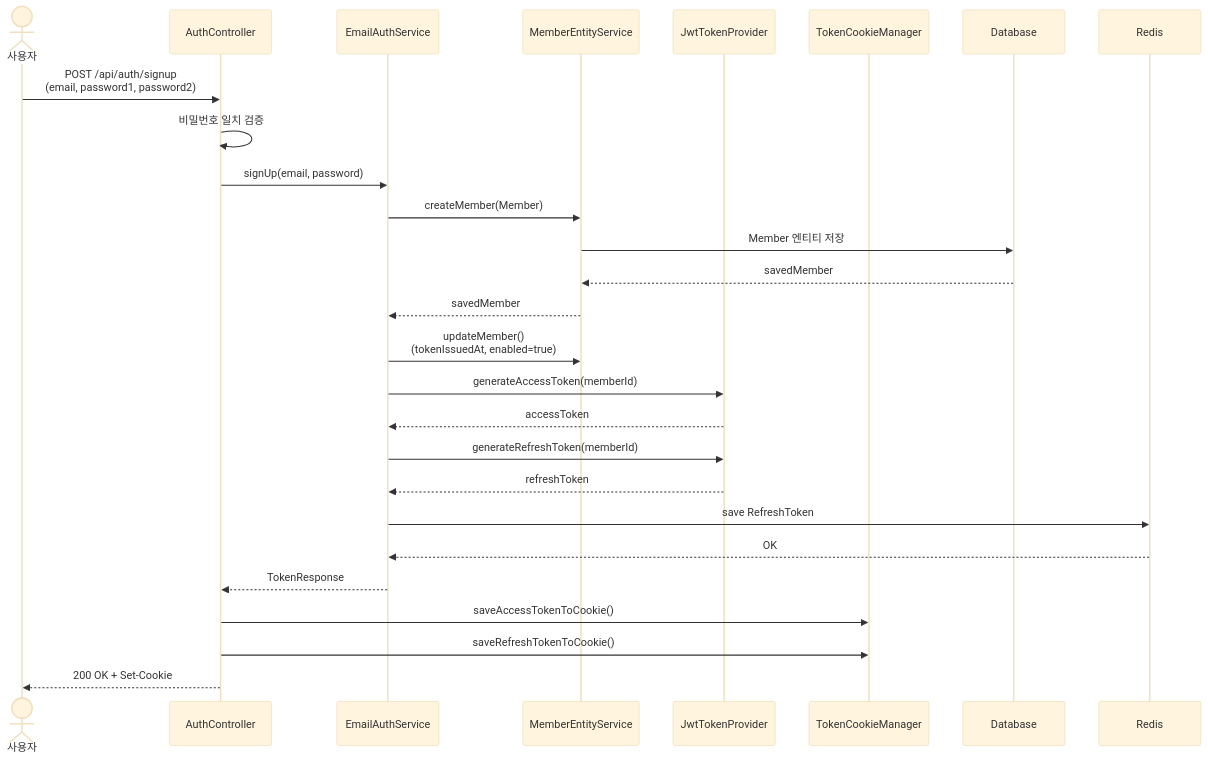
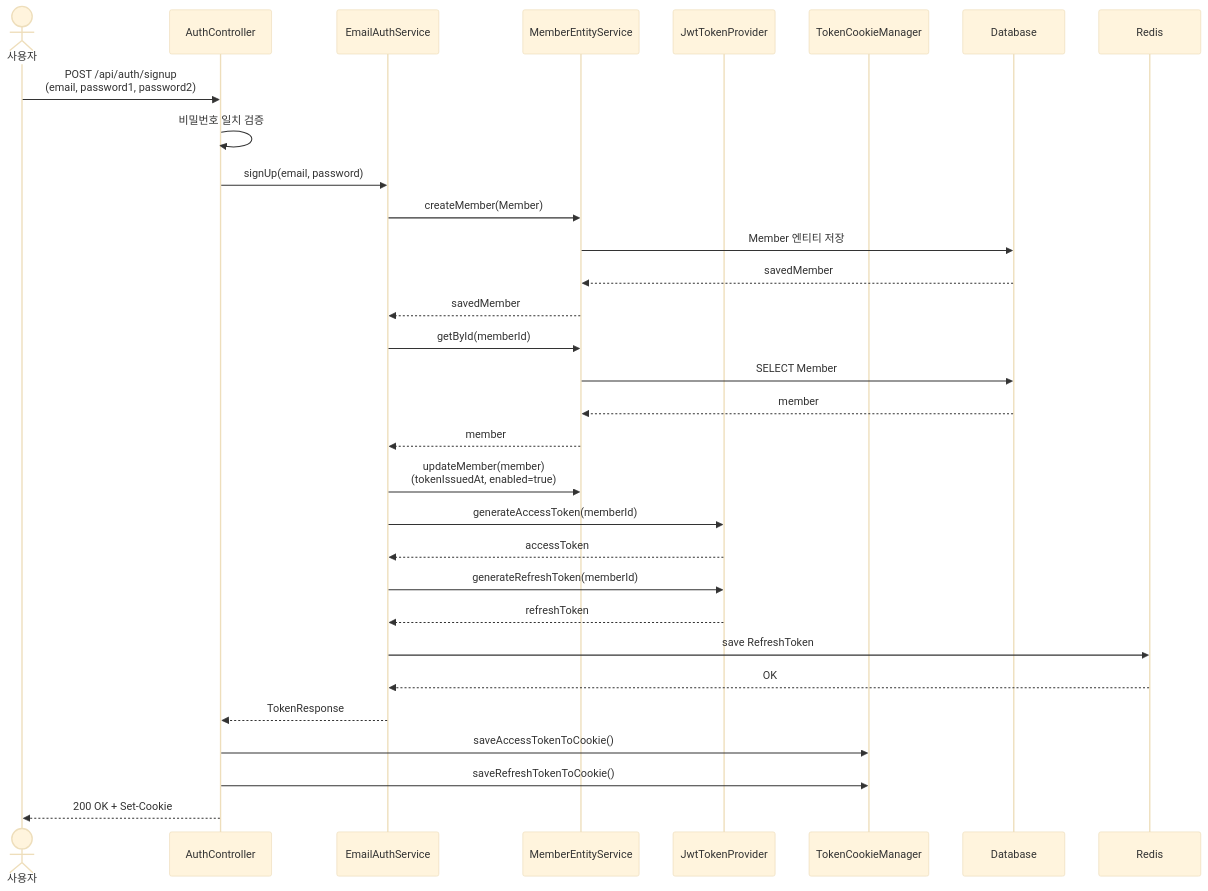
The first of 4 diagrams in docs/diagrams/authentication-flow.md (kakao-tech-campus-3rd-step3/Team11_BE), drawn with Mermaid (base theme) before and after one commit. The commit also changed other lines of this file, not shown here.

Commit message:
docs(auth): 인증 플로우 다이어그램에 getById 호출 추가(#76)

````diff
--- a/docs/diagrams/authentication-flow.md
+++ b/docs/diagrams/authentication-flow.md
@@ -7,34 +7,38 @@
 ```mermaid
 sequenceDiagram
     actor User as 사용자
     participant AC as AuthController
     participant EAS as EmailAuthService
     participant MES as MemberEntityService
     participant JWT as JwtTokenProvider
     participant TCM as TokenCookieManager
     participant DB as Database
     participant Redis as Redis
 
     User->>AC: POST /api/auth/signup<br/>(email, password1, password2)
     AC->>AC: 비밀번호 일치 검증
     AC->>EAS: signUp(email, password)
 
     EAS->>MES: createMember(Member)
     MES->>DB: Member 엔티티 저장
     DB-->>MES: savedMember
     MES-->>EAS: savedMember
 
-    EAS->>MES: updateMember()<br/>(tokenIssuedAt, enabled=true)
+    EAS->>MES: getById(memberId)
+    MES->>DB: SELECT Member
+    DB-->>MES: member
+    MES-->>EAS: member
+    EAS->>MES: updateMember(member)<br/>(tokenIssuedAt, enabled=true)
     EAS->>JWT: generateAccessToken(memberId)
     JWT-->>EAS: accessToken
     EAS->>JWT: generateRefreshToken(memberId)
     JWT-->>EAS: refreshToken
 
     EAS->>Redis: save RefreshToken
     Redis-->>EAS: OK
 
     EAS-->>AC: TokenResponse
     AC->>TCM: saveAccessTokenToCookie()
     AC->>TCM: saveRefreshTokenToCookie()
     AC-->>User: 200 OK + Set-Cookie
 ```
````
